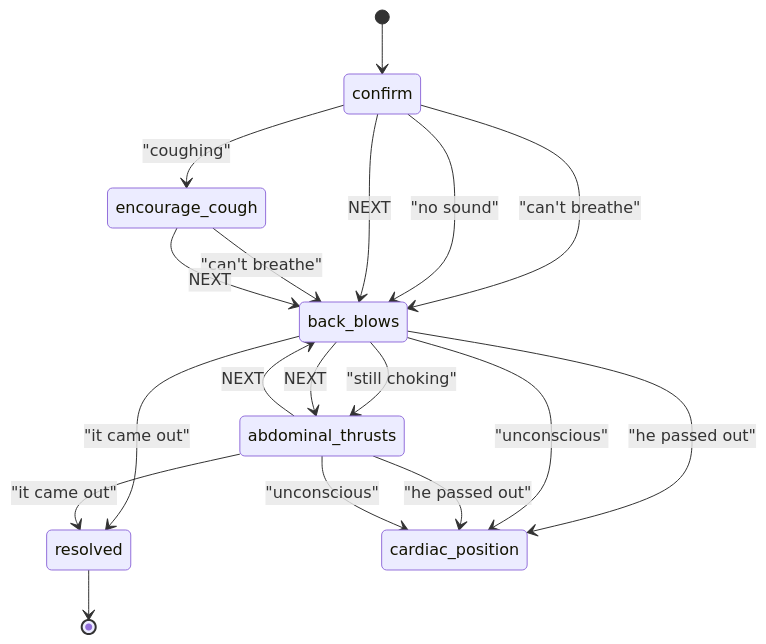
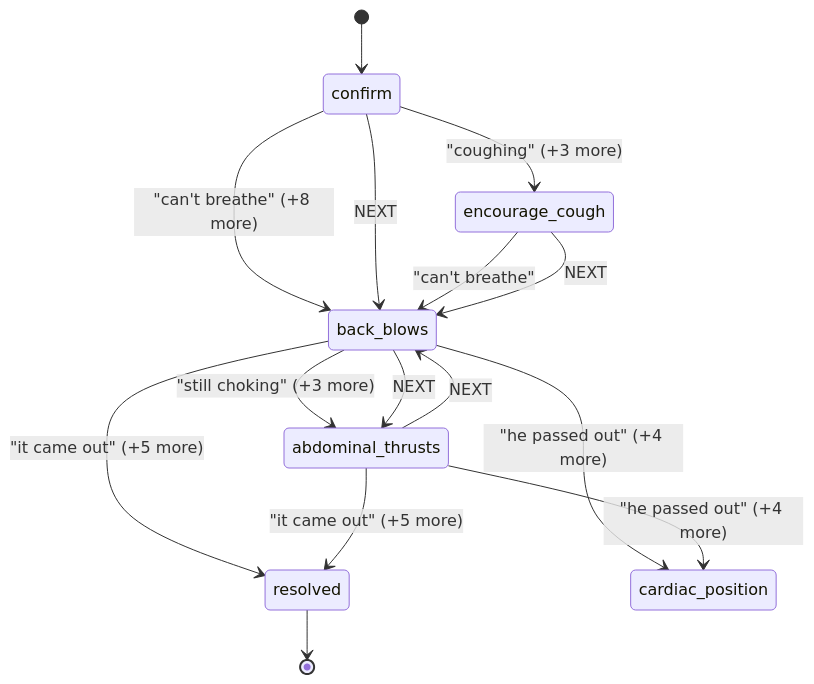
One commit to israelo19/mayday changed the fourth of 4 diagrams in docs/protocol-diagrams.md. Above: the diagram before and after it, drawn with Mermaid. The commit also changed other lines of this file and 10 other files, not shown here.

Commit message:
protocol: deterministic understanding layer; stemmed, typo-tolerant, word-bounded phrase matching shared by engine and listener; triage vocabulary as data per emergency with cue-scored suggestions; linter refuses stem collisions; diagrams collapse same-target edges

````diff
--- a/docs/protocol-diagrams.md
+++ b/docs/protocol-diagrams.md
@@ -100,25 +82,22 @@
 ```mermaid
 stateDiagram-v2
     [*] --> choking_confirm
     choking_confirm: confirm
-    choking_confirm --> choking_back_blows: "can't breathe"
-    choking_confirm --> choking_back_blows: "no sound"
-    choking_confirm --> choking_encourage_cough: "coughing"
+    choking_confirm --> choking_back_blows: "can't breathe" (+8 more)
+    choking_confirm --> choking_encourage_cough: "coughing" (+3 more)
     choking_confirm --> choking_back_blows: NEXT
     choking_encourage_cough: encourage_cough
     choking_encourage_cough --> choking_back_blows: "can't breathe"
     choking_encourage_cough --> choking_back_blows: NEXT
     choking_back_blows: back_blows
-    choking_back_blows --> choking_abdominal_thrusts: "still choking"
-    choking_back_blows --> choking_resolved: "it came out"
-    choking_back_blows --> cardiac_position: "he passed out"
-    choking_back_blows --> cardiac_position: "unconscious"
+    choking_back_blows --> choking_abdominal_thrusts: "still choking" (+3 more)
+    choking_back_blows --> choking_resolved: "it came out" (+5 more)
+    choking_back_blows --> cardiac_position: "he passed out" (+4 more)
     choking_back_blows --> choking_abdominal_thrusts: NEXT
     choking_abdominal_thrusts: abdominal_thrusts
-    choking_abdominal_thrusts --> choking_resolved: "it came out"
-    choking_abdominal_thrusts --> cardiac_position: "he passed out"
-    choking_abdominal_thrusts --> cardiac_position: "unconscious"
+    choking_abdominal_thrusts --> choking_resolved: "it came out" (+5 more)
+    choking_abdominal_thrusts --> cardiac_position: "he passed out" (+4 more)
     choking_abdominal_thrusts --> choking_back_blows: NEXT
     choking_resolved: resolved
     choking_resolved --> [*]
 ```
````
